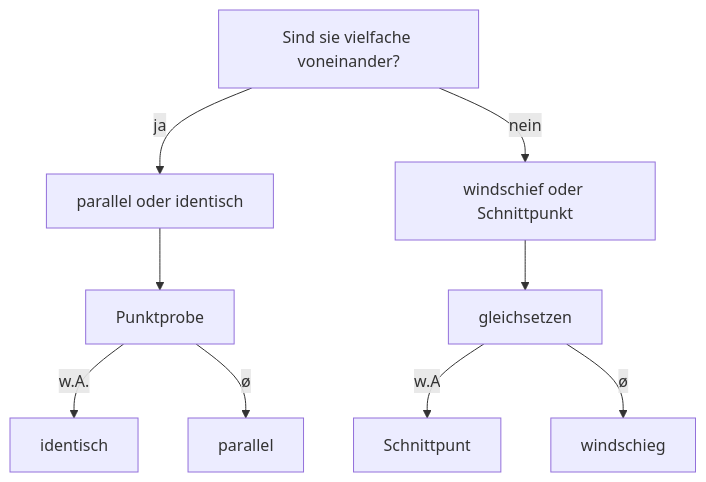
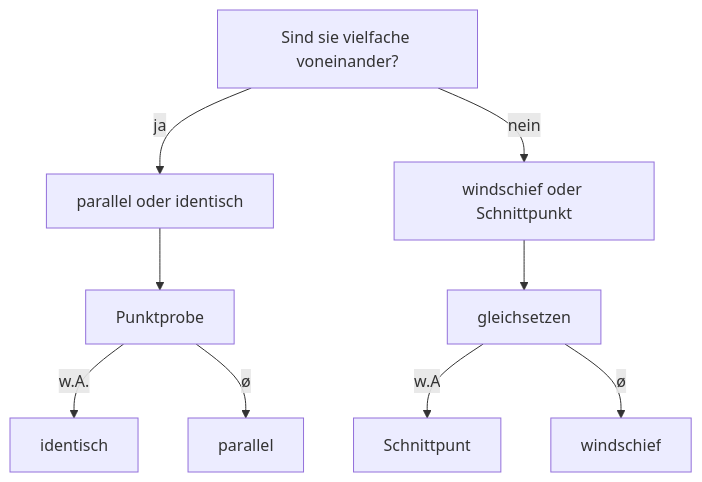
One commit to Kiyotoko/vault changed the third of 6 diagrams in Klasse 11/Mathe/Memo.md. Above: the diagram before and after it, drawn with Mermaid. The commit also changed 1 other file, not shown here.

Commit message:
Backup 2023-06-11 18:43:12

```diff
--- a/Klasse 11/Mathe/Memo.md
+++ b/Klasse 11/Mathe/Memo.md
@@ -886,12 +886,12 @@
 ~~~mermaid
 graph TB;
 A[Sind sie vielfache voneinander?]
 A-- ja -->A0[parallel oder identisch]
 A0-->A00[Punktprobe]
 A00-- w.A. -->A001[identisch]
 A00-- ø -->A002[parallel]
 A-- nein -->A1[windschief oder Schnittpunkt]
 A1-->A10[gleichsetzen]
 A10-- w.A -->A100[Schnittpunt]
-A10-- ø -->A101[windschieg]
+A10-- ø -->A101[windschief]
 ~~~
```
